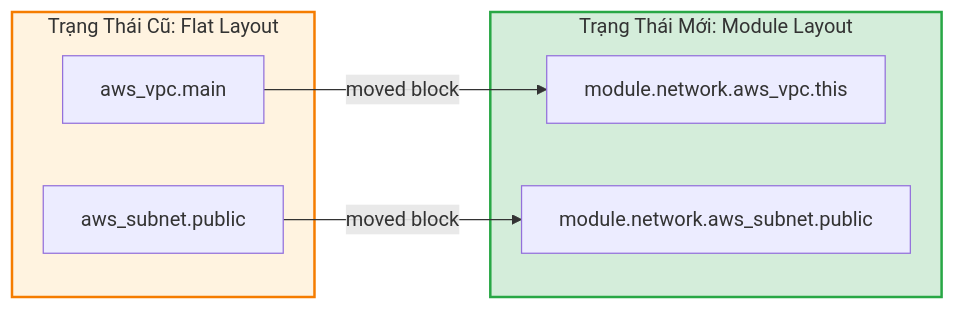
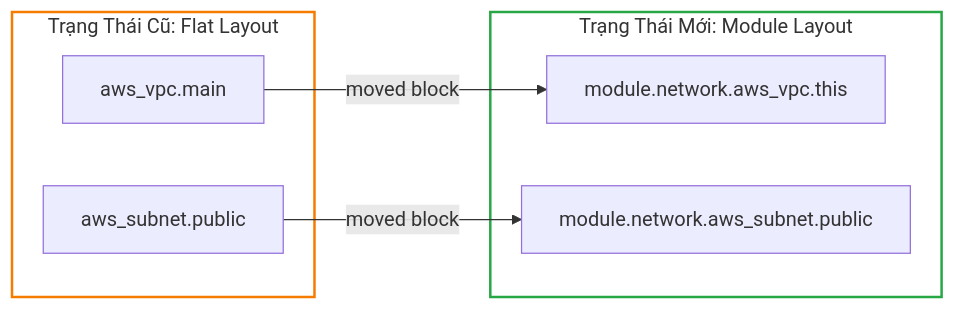
The second of 5 diagrams in _posts/2026-09-13-terraform-24-24-tai-cau-truc-quy-mo-lon-khoi-moved-va-import-declarative.md (kiennt308/ntk), drawn with Mermaid before and after one commit. The commit also changed other lines of this file and 207 other files, not shown here.

Commit message:
feat(posts): batch standardize all 208 posts with TL;DR, qa-card accordion, fill:none mermaid, and liquid raw wrappers

````diff
--- a/_posts/2026-09-13-terraform-24-24-tai-cau-truc-quy-mo-lon-khoi-moved-va-import-declarative.md
+++ b/_posts/2026-09-13-terraform-24-24-tai-cau-truc-quy-mo-lon-khoi-moved-va-import-declarative.md
@@ -101,20 +105,20 @@
 ```mermaid
 graph LR
     subgraph State_Cu ["Trạng Thái Cũ: Flat Layout"]
         V1["aws_vpc.main"]
         S1["aws_subnet.public"]
     end
 
     subgraph State_Moi ["Trạng Thái Mới: Module Layout"]
         MV["module.network.aws_vpc.this"]
         MS["module.network.aws_subnet.public"]
     end
 
     V1 -->|moved block| MV
     S1 -->|moved block| MS
 
-    style State_Cu fill:#fff3e0,stroke:#f57c00,stroke-width:2px
-    style State_Moi fill:#d4edda,stroke:#28a745,stroke-width:2px
+    style State_Cu fill:none,stroke:#f57c00,stroke-width:2px
+    style State_Moi fill:none,stroke:#28a745,stroke-width:2px
 
 
 ```
````
